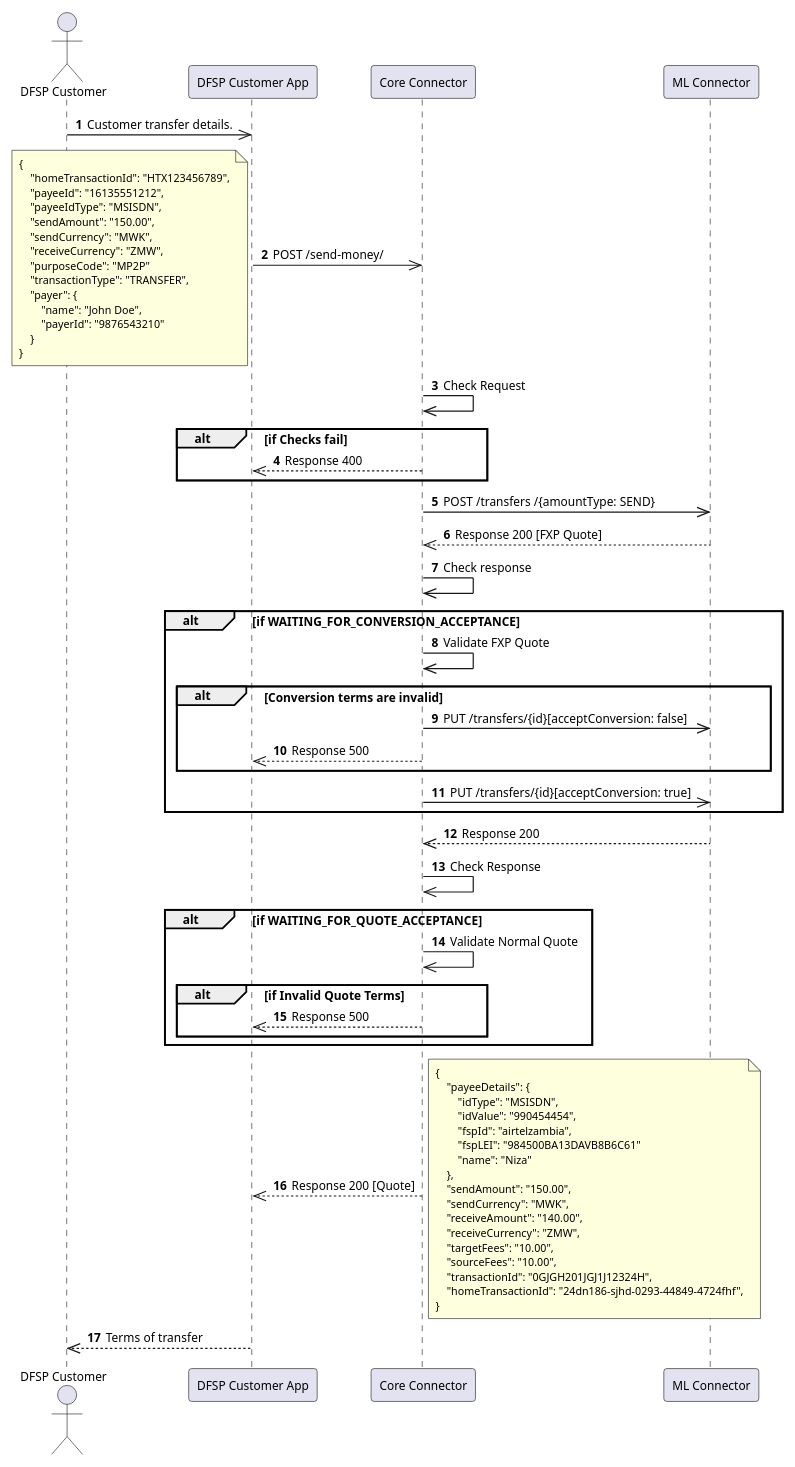
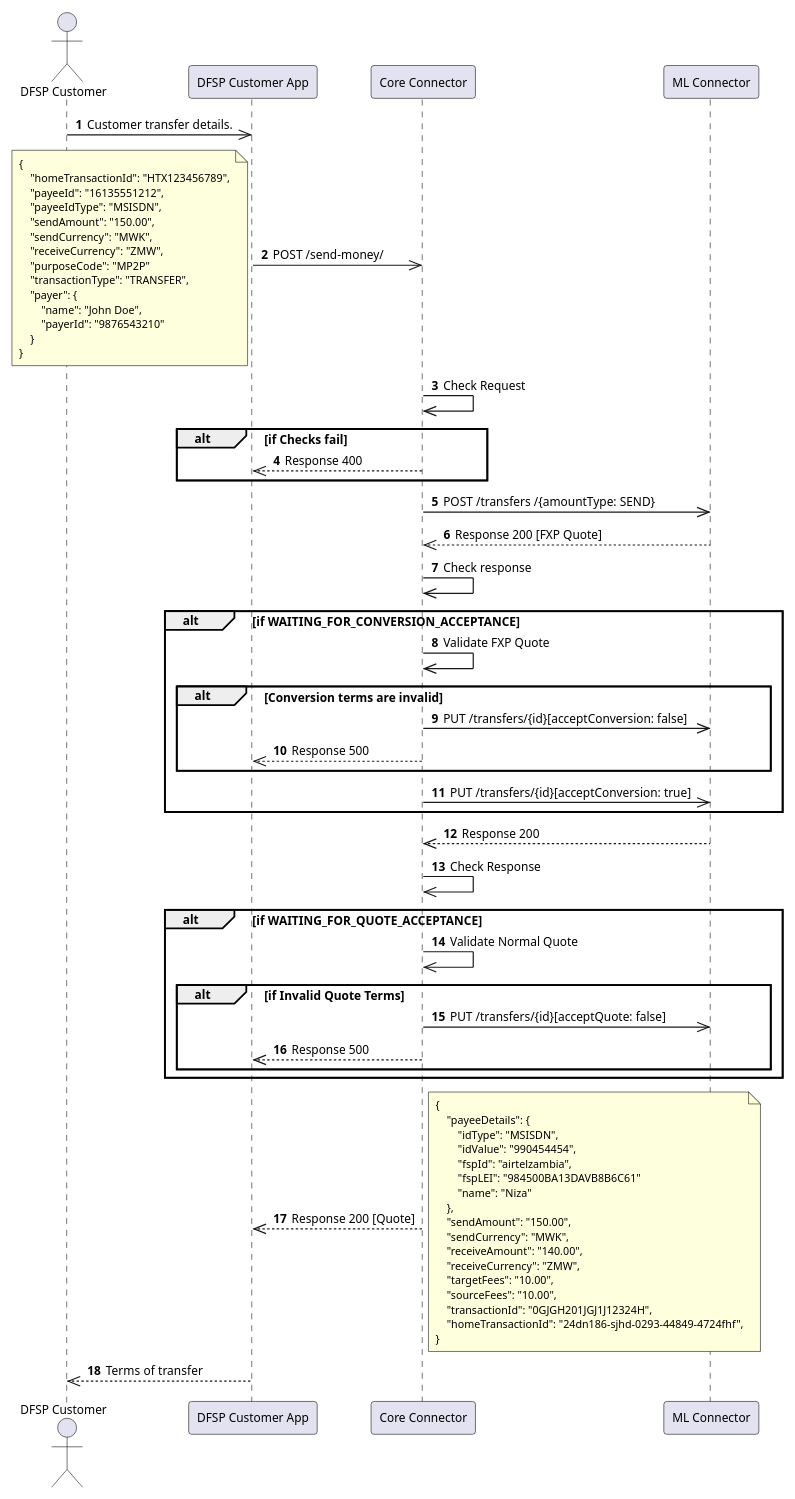
The diagram in design-docs/payer/send-money-initiate-transfer.puml (mojaloop/ml-reference-connectors), drawn with PlantUML before and after one commit. The commit also changed 8 other files, not shown here.

```diff
--- a/design-docs/payer/send-money-initiate-transfer.puml
+++ b/design-docs/payer/send-money-initiate-transfer.puml
@@ -1,94 +1,95 @@
 @startuml name="initiate-transfer"
 
 skinparam defaultFontSize 10
 skinparam NoteFontSize 9
 skinparam NoteFontName "Courier New"  ' Monospace font
 skinparam wrapWidth 50                ' Set the width of the note
 
 autonumber
 
 actor "DFSP Customer" as Customer
 participant "DFSP Customer App" as App
 participant "Core Connector" as Core
 participant "ML Connector" as ML
 
 Customer ->> App: Customer transfer details.
 
 
 App ->> Core: POST /send-money/ 
 note left
 {
     "homeTransactionId": "HTX123456789",
     "payeeId": "16135551212",
     "payeeIdType": "MSISDN",
     "sendAmount": "150.00",
     "sendCurrency": "MWK",
     "receiveCurrency": "ZMW",
     "purposeCode": "MP2P"
     "transactionType": "TRANSFER",
     "payer": {
         "name": "John Doe",
         "payerId": "9876543210"
     }
 }
 end note
 
 Core ->> Core: Check Request
 
 alt if Checks fail
     Core -->> App: Response 400
 end
 
 
 
 Core ->> ML: POST /transfers /{amountType: SEND} 
 ML -->> Core: Response 200 [FXP Quote]
 Core ->> Core: Check response
 
 alt if WAITING_FOR_CONVERSION_ACCEPTANCE
     Core ->> Core: Validate FXP Quote
 
     alt Conversion terms are invalid
         Core ->> ML: PUT /transfers/{id}[acceptConversion: false]
         Core -->> App: Response 500
     end
 
     Core ->> ML: PUT /transfers/{id}[acceptConversion: true]
     
 end
 
 ML -->> Core: Response 200
 Core ->> Core: Check Response
 
 alt if WAITING_FOR_QUOTE_ACCEPTANCE
     Core ->> Core: Validate Normal Quote
 
     alt if Invalid Quote Terms
+        Core ->> ML: PUT /transfers/{id}[acceptQuote: false]
         Core -->> App: Response 500
     end
 end
 
 Core -->> App: Response 200 [Quote]
 note right
 {
     "payeeDetails": {
         "idType": "MSISDN",
         "idValue": "990454454",
         "fspId": "airtelzambia",
         "fspLEI": "984500BA13DAVB8B6C61"
         "name": "Niza"
     },
     "sendAmount": "150.00",
     "sendCurrency": "MWK",
     "receiveAmount": "140.00",
     "receiveCurrency": "ZMW",
     "targetFees": "10.00",
     "sourceFees": "10.00",
     "transactionId": "0GJGH201JGJ1J12324H",
     "homeTransactionId": "24dn186-sjhd-0293-44849-4724fhf",
 }
 end note
 
 App -->> Customer: Terms of transfer
 
 @enduml
```
